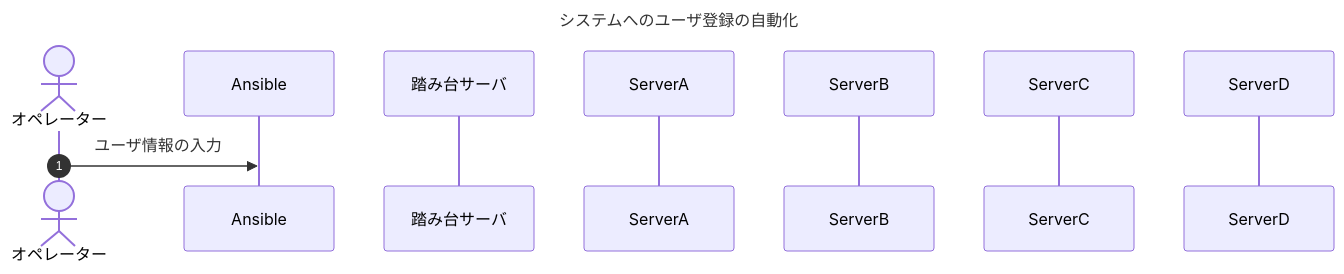
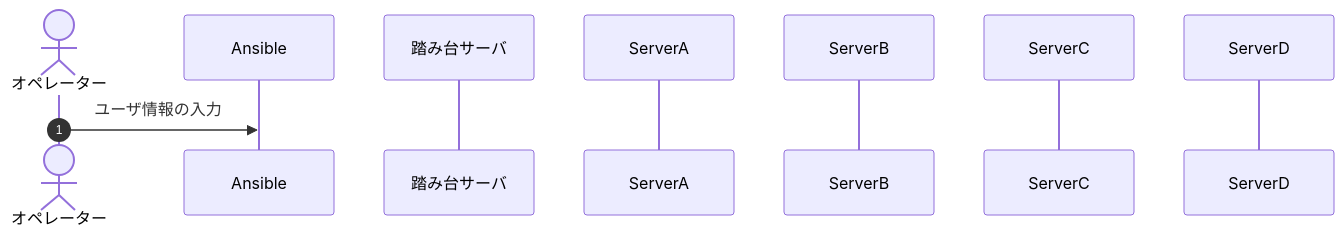
Before and after one commit to panda-git-hub/handbook: the diagram in hoge.md, drawn with Mermaid. The commit also changed other lines of this file, not shown here.

````diff
--- a/hoge.md
+++ b/hoge.md
@@ -5,14 +6,13 @@
 ```mermaid
 sequenceDiagram
   autonumber
-  Title: システムへのユーザ登録の自動化
   actor A as オペレーター
   participant B as Ansible
   participant C as 踏み台サーバ
   participant D as ServerA
   participant E as ServerB
   participant F as ServerC
   participant G as ServerD
 
   A->>B: ユーザ情報の入力
 ```
````
